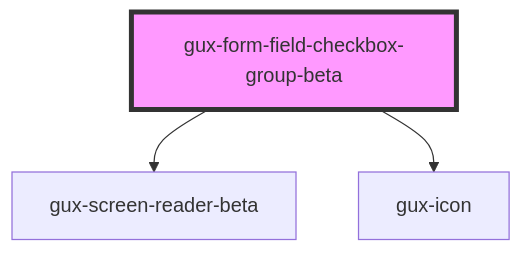
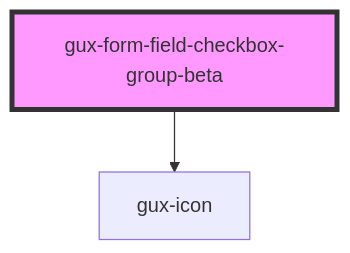
Before and after one commit to MyPureCloud/genesys-spark: the diagram in packages/genesys-spark-components/src/components/stable/gux-form-field/components/gux-form-field-checkbox-group/readme.md, drawn with Mermaid. The commit also changed other lines of this file and 5 other files, not shown here.

Commit message:
chore(form-field-checkbox-group): add label info

````diff
--- a/packages/genesys-spark-components/src/components/stable/gux-form-field/components/gux-form-field-checkbox-group/readme.md
+++ b/packages/genesys-spark-components/src/components/stable/gux-form-field/components/gux-form-field-checkbox-group/readme.md
@@ -33,6 +32,5 @@
 ```mermaid
 graph TD;
-  gux-form-field-checkbox-group-beta --> gux-screen-reader-beta
   gux-form-field-checkbox-group-beta --> gux-icon
   style gux-form-field-checkbox-group-beta fill:#f9f,stroke:#333,stroke-width:4px
 ```
````
